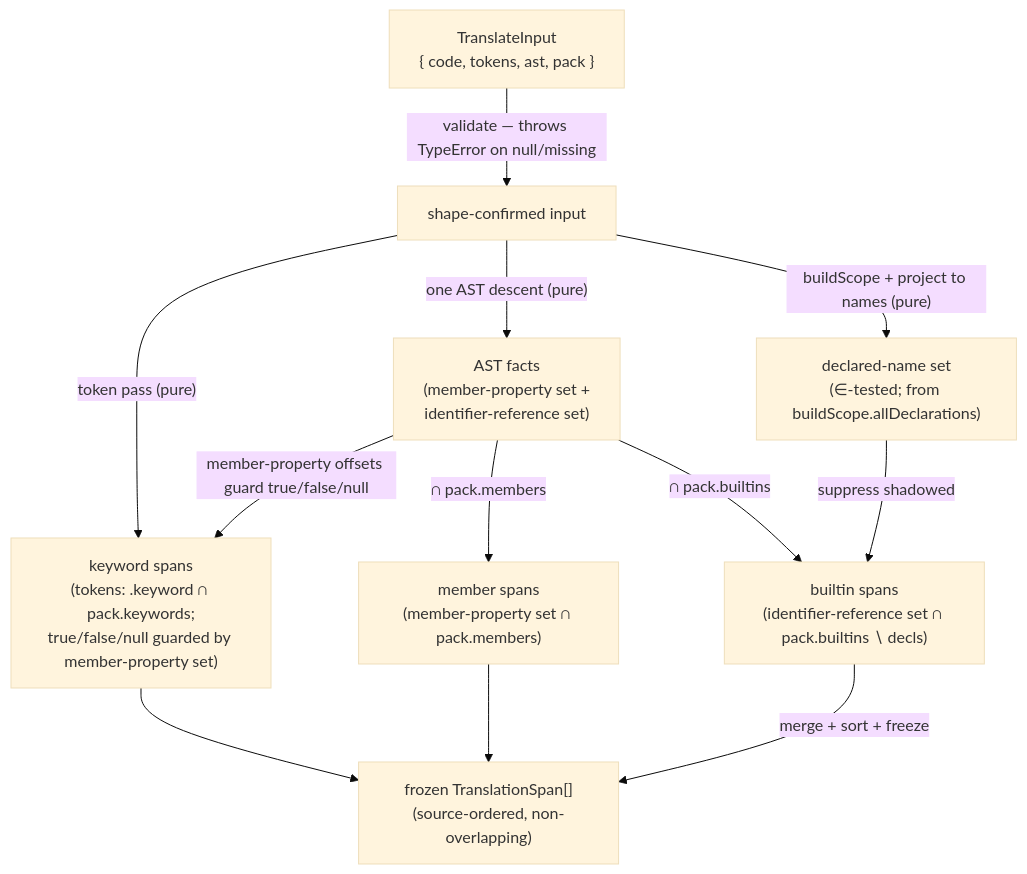
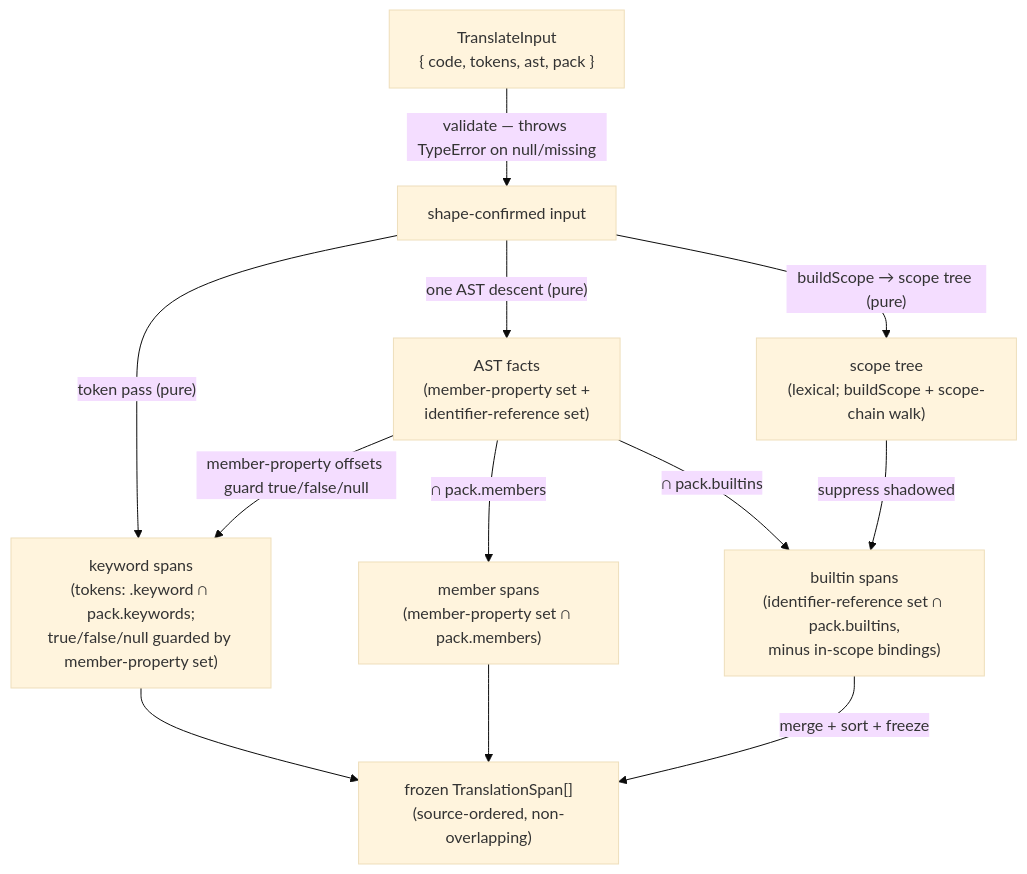
One commit to codeschoolinabox/curricula changed the first of 2 diagrams in src/lib/study-lenses/lib/translating/DOCS.md. Above: the diagram before and after it, drawn with Mermaid (base theme). The commit also changed other lines of this file and 1 other file, not shown here.

Commit message:
docs: builtin shadow uses lexical scope resolution (Phase-0 gate ruling)

````diff
--- a/src/lib/study-lenses/lib/translating/DOCS.md
+++ b/src/lib/study-lenses/lib/translating/DOCS.md
@@ -87,23 +87,23 @@
 ```mermaid
 flowchart TD
     In["TranslateInput<br/>{ code, tokens, ast, pack }"]
     Shaped["shape-confirmed input"]
     Facts["AST facts<br/>(member-property set +<br/>identifier-reference set)"]
-    Decls["declared-name set<br/>(∈-tested; from buildScope.allDeclarations)"]
+    Decls["scope tree<br/>(lexical; buildScope + scope-chain walk)"]
     KW["keyword spans<br/>(tokens: .keyword ∩ pack.keywords;<br/>true/false/null guarded by member-property set)"]
     Mem["member spans<br/>(member-property set ∩ pack.members)"]
-    Bi["builtin spans<br/>(identifier-reference set ∩ pack.builtins ∖ decls)"]
+    Bi["builtin spans<br/>(identifier-reference set ∩ pack.builtins,<br/>minus in-scope bindings)"]
     Out["frozen TranslationSpan[]<br/>(source-ordered, non-overlapping)"]
 
     In -->|"validate — throws TypeError on null/missing"| Shaped
     Shaped -->|"one AST descent (pure)"| Facts
-    Shaped -->|"buildScope + project to names (pure)"| Decls
+    Shaped -->|"buildScope → scope tree (pure)"| Decls
     Shaped -->|"token pass (pure)"| KW
     Facts -->|"member-property offsets guard true/false/null"| KW
     Facts -->|"∩ pack.members"| Mem
     Facts -->|"∩ pack.builtins"| Bi
     Decls -->|"suppress shadowed"| Bi
     KW --> Out
     Mem --> Out
     Bi -->|"merge + sort + freeze"| Out
 ```
````
